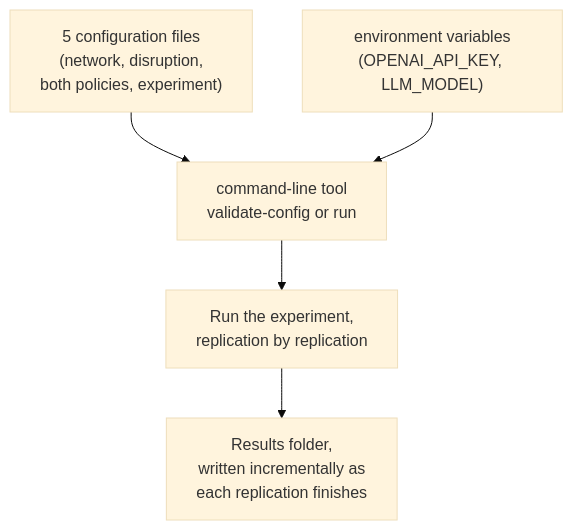
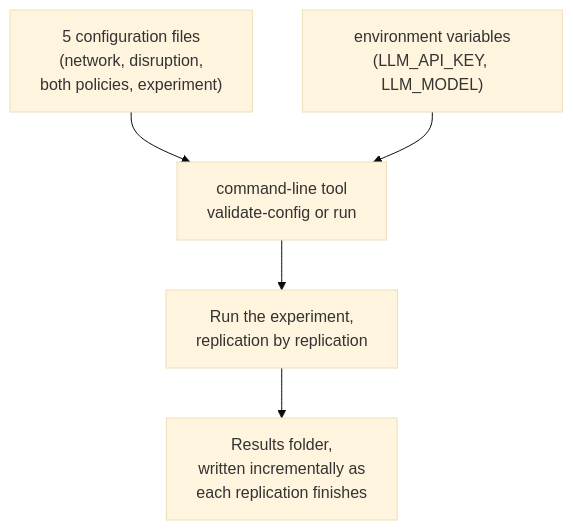
One commit to yassineerraji/ResearchStudy changed the first of 5 diagrams in README.md. Above: the diagram before and after it, drawn with Mermaid (base theme).

````diff
--- a/README.md
+++ b/README.md
@@ -64,7 +64,7 @@
 ```mermaid
 flowchart TD
     A["5 configuration files<br/>(network, disruption,<br/>both policies, experiment)"] --> C
-    B["environment variables<br/>(OPENAI_API_KEY, LLM_MODEL)"] --> C
+    B["environment variables<br/>(LLM_API_KEY, LLM_MODEL)"] --> C
     C["command-line tool<br/>validate-config or run"] --> D["Run the experiment,<br/>replication by replication"]
     D --> E["Results folder,<br/>written incrementally as<br/>each replication finishes"]
 ```
````
